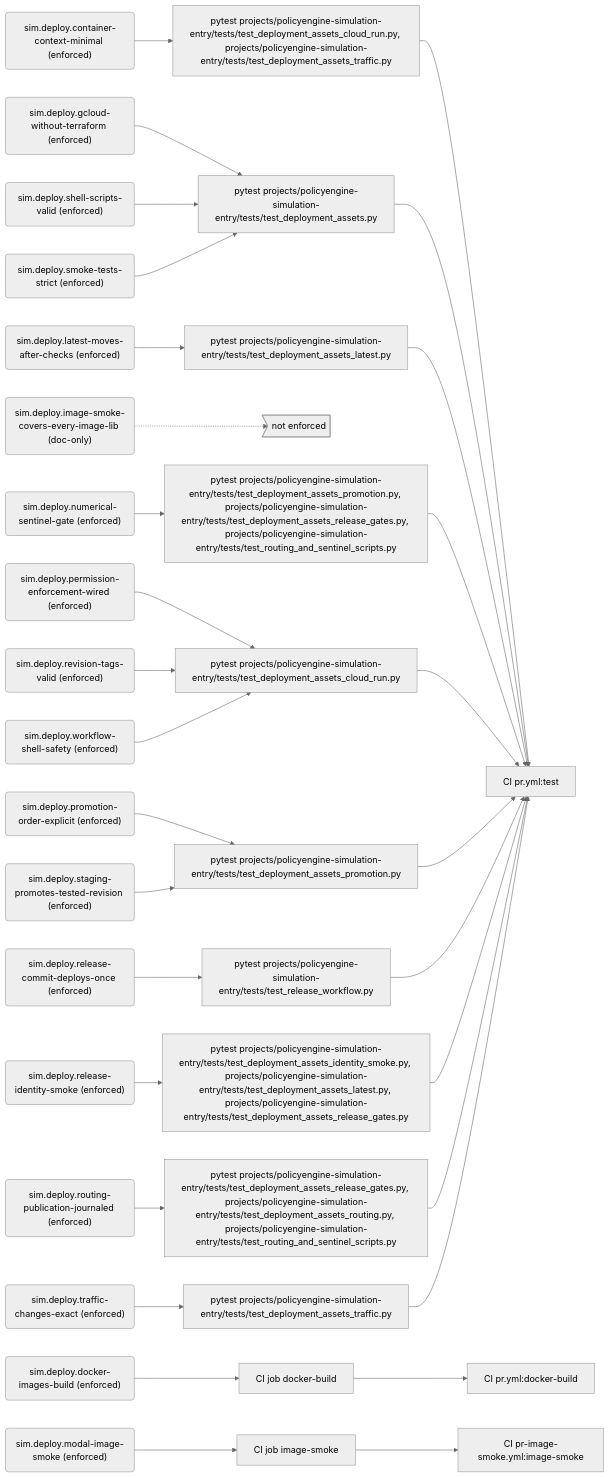
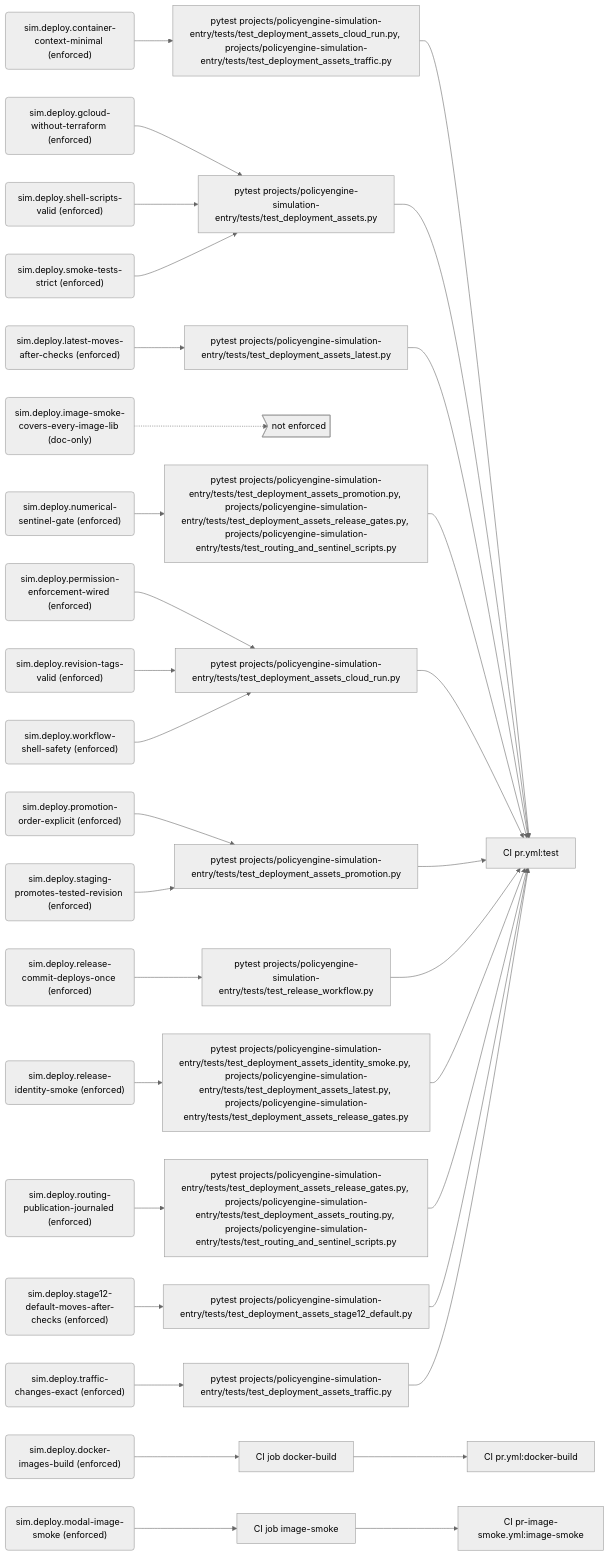
The third of 10 diagrams in docs/generated/rules.md (PolicyEngine/policyengine-sim-api), drawn with Mermaid (neutral theme) before and after one commit. The commit also changed other lines of this file and 16 other files, not shown here.

First line of the commit message:
Move Stage 12's v2 default version only after a deployment's checks

````diff
--- a/docs/generated/rules.md
+++ b/docs/generated/rules.md
@@ -164,67 +166,71 @@
 ```mermaid
 flowchart LR
   r_sim_deploy_container_context_minimal("sim.deploy.container-context-minimal (enforced)")
   e_pytest_projects_policyengine_simulation_entry_tests_test_deployment_assets_cloud_run_py__projects_policyengine_simulation_entry_tests_test_deployment_assets_traffic_py["pytest projects/policyengine-simulation-entry/tests/test_deployment_assets_cloud_run.py, projects/policyengine-simulation-entry/tests/test_deployment_assets_traffic.py"]
   j_CI_pr_yml_test["CI pr.yml:test"]
   r_sim_deploy_docker_images_build("sim.deploy.docker-images-build (enforced)")
   e_CI_job_docker_build["CI job docker-build"]
   j_CI_pr_yml_docker_build["CI pr.yml:docker-build"]
   r_sim_deploy_gcloud_without_terraform("sim.deploy.gcloud-without-terraform (enforced)")
   e_pytest_projects_policyengine_simulation_entry_tests_test_deployment_assets_py["pytest projects/policyengine-simulation-entry/tests/test_deployment_assets.py"]
   r_sim_deploy_image_smoke_covers_every_image_lib("sim.deploy.image-smoke-covers-every-image-lib (doc-only)")
   gap_unenforced>"not enforced"]
   r_sim_deploy_latest_moves_after_checks("sim.deploy.latest-moves-after-checks (enforced)")
   e_pytest_projects_policyengine_simulation_entry_tests_test_deployment_assets_latest_py["pytest projects/policyengine-simulation-entry/tests/test_deployment_assets_latest.py"]
   r_sim_deploy_modal_image_smoke("sim.deploy.modal-image-smoke (enforced)")
   e_CI_job_image_smoke["CI job image-smoke"]
   j_CI_pr_image_smoke_yml_image_smoke["CI pr-image-smoke.yml:image-smoke"]
   r_sim_deploy_numerical_sentinel_gate("sim.deploy.numerical-sentinel-gate (enforced)")
   e_pytest_projects_policyengine_simulation_entry_tests_test_deployment_assets_promotion_py__projects_policyengine_simulation_entry_tests_test_deployment_assets_release_gates_py__projects_policyengine_simulation_entry_tests_test_routing_and_sentinel_scripts_py["pytest projects/policyengine-simulation-entry/tests/test_deployment_assets_promotion.py, projects/policyengine-simulation-entry/tests/test_deployment_assets_release_gates.py, projects/policyengine-simulation-entry/tests/test_routing_and_sentinel_scripts.py"]
   r_sim_deploy_permission_enforcement_wired("sim.deploy.permission-enforcement-wired (enforced)")
   e_pytest_projects_policyengine_simulation_entry_tests_test_deployment_assets_cloud_run_py["pytest projects/policyengine-simulation-entry/tests/test_deployment_assets_cloud_run.py"]
   r_sim_deploy_promotion_order_explicit("sim.deploy.promotion-order-explicit (enforced)")
   e_pytest_projects_policyengine_simulation_entry_tests_test_deployment_assets_promotion_py["pytest projects/policyengine-simulation-entry/tests/test_deployment_assets_promotion.py"]
   r_sim_deploy_release_commit_deploys_once("sim.deploy.release-commit-deploys-once (enforced)")
   e_pytest_projects_policyengine_simulation_entry_tests_test_release_workflow_py["pytest projects/policyengine-simulation-entry/tests/test_release_workflow.py"]
   r_sim_deploy_release_identity_smoke("sim.deploy.release-identity-smoke (enforced)")
   e_pytest_projects_policyengine_simulation_entry_tests_test_deployment_assets_identity_smoke_py__projects_policyengine_simulation_entry_tests_test_deployment_assets_latest_py__projects_policyengine_simulation_entry_tests_test_deployment_assets_release_gates_py["pytest projects/policyengine-simulation-entry/tests/test_deployment_assets_identity_smoke.py, projects/policyengine-simulation-entry/tests/test_deployment_assets_latest.py, projects/policyengine-simulation-entry/tests/test_deployment_assets_release_gates.py"]
   r_sim_deploy_revision_tags_valid("sim.deploy.revision-tags-valid (enforced)")
   r_sim_deploy_routing_publication_journaled("sim.deploy.routing-publication-journaled (enforced)")
   e_pytest_projects_policyengine_simulation_entry_tests_test_deployment_assets_release_gates_py__projects_policyengine_simulation_entry_tests_test_deployment_assets_routing_py__projects_policyengine_simulation_entry_tests_test_routing_and_sentinel_scripts_py["pytest projects/policyengine-simulation-entry/tests/test_deployment_assets_release_gates.py, projects/policyengine-simulation-entry/tests/test_deployment_assets_routing.py, projects/policyengine-simulation-entry/tests/test_routing_and_sentinel_scripts.py"]
   r_sim_deploy_shell_scripts_valid("sim.deploy.shell-scripts-valid (enforced)")
   r_sim_deploy_smoke_tests_strict("sim.deploy.smoke-tests-strict (enforced)")
+  r_sim_deploy_stage12_default_moves_after_checks("sim.deploy.stage12-default-moves-after-checks (enforced)")
+  e_pytest_projects_policyengine_simulation_entry_tests_test_deployment_assets_stage12_default_py["pytest projects/policyengine-simulation-entry/tests/test_deployment_assets_stage12_default.py"]
   r_sim_deploy_staging_promotes_tested_revision("sim.deploy.staging-promotes-tested-revision (enforced)")
   r_sim_deploy_traffic_changes_exact("sim.deploy.traffic-changes-exact (enforced)")
   e_pytest_projects_policyengine_simulation_entry_tests_test_deployment_assets_traffic_py["pytest projects/policyengine-simulation-entry/tests/test_deployment_assets_traffic.py"]
   r_sim_deploy_workflow_shell_safety("sim.deploy.workflow-shell-safety (enforced)")
   r_sim_deploy_container_context_minimal --> e_pytest_projects_policyengine_simulation_entry_tests_test_deployment_assets_cloud_run_py__projects_policyengine_simulation_entry_tests_test_deployment_assets_traffic_py
   e_pytest_projects_policyengine_simulation_entry_tests_test_deployment_assets_cloud_run_py__projects_policyengine_simulation_entry_tests_test_deployment_assets_traffic_py --> j_CI_pr_yml_test
   r_sim_deploy_docker_images_build --> e_CI_job_docker_build
   e_CI_job_docker_build --> j_CI_pr_yml_docker_build
   r_sim_deploy_gcloud_without_terraform --> e_pytest_projects_policyengine_simulation_entry_tests_test_deployment_assets_py
   e_pytest_projects_policyengine_simulation_entry_tests_test_deployment_assets_py --> j_CI_pr_yml_test
   r_sim_deploy_image_smoke_covers_every_image_lib -.-> gap_unenforced
   r_sim_deploy_latest_moves_after_checks --> e_pytest_projects_policyengine_simulation_entry_tests_test_deployment_assets_latest_py
   e_pytest_projects_policyengine_simulation_entry_tests_test_deployment_assets_latest_py --> j_CI_pr_yml_test
   r_sim_deploy_modal_image_smoke --> e_CI_job_image_smoke
   e_CI_job_image_smoke --> j_CI_pr_image_smoke_yml_image_smoke
   r_sim_deploy_numerical_sentinel_gate --> e_pytest_projects_policyengine_simulation_entry_tests_test_deployment_assets_promotion_py__projects_policyengine_simulation_entry_tests_test_deployment_assets_release_gates_py__projects_policyengine_simulation_entry_tests_test_routing_and_sentinel_scripts_py
   e_pytest_projects_policyengine_simulation_entry_tests_test_deployment_assets_promotion_py__projects_policyengine_simulation_entry_tests_test_deployment_assets_release_gates_py__projects_policyengine_simulation_entry_tests_test_routing_and_sentinel_scripts_py --> j_CI_pr_yml_test
   r_sim_deploy_permission_enforcement_wired --> e_pytest_projects_policyengine_simulation_entry_tests_test_deployment_assets_cloud_run_py
   e_pytest_projects_policyengine_simulation_entry_tests_test_deployment_assets_cloud_run_py --> j_CI_pr_yml_test
   r_sim_deploy_promotion_order_explicit --> e_pytest_projects_policyengine_simulation_entry_tests_test_deployment_assets_promotion_py
   e_pytest_projects_policyengine_simulation_entry_tests_test_deployment_assets_promotion_py --> j_CI_pr_yml_test
   r_sim_deploy_release_commit_deploys_once --> e_pytest_projects_policyengine_simulation_entry_tests_test_release_workflow_py
   e_pytest_projects_policyengine_simulation_entry_tests_test_release_workflow_py --> j_CI_pr_yml_test
   r_sim_deploy_release_identity_smoke --> e_pytest_projects_policyengine_simulation_entry_tests_test_deployment_assets_identity_smoke_py__projects_policyengine_simulation_entry_tests_test_deployment_assets_latest_py__projects_policyengine_simulation_entry_tests_test_deployment_assets_release_gates_py
   e_pytest_projects_policyengine_simulation_entry_tests_test_deployment_assets_identity_smoke_py__projects_policyengine_simulation_entry_tests_test_deployment_assets_latest_py__projects_policyengine_simulation_entry_tests_test_deployment_assets_release_gates_py --> j_CI_pr_yml_test
   r_sim_deploy_revision_tags_valid --> e_pytest_projects_policyengine_simulation_entry_tests_test_deployment_assets_cloud_run_py
   r_sim_deploy_routing_publication_journaled --> e_pytest_projects_policyengine_simulation_entry_tests_test_deployment_assets_release_gates_py__projects_policyengine_simulation_entry_tests_test_deployment_assets_routing_py__projects_policyengine_simulation_entry_tests_test_routing_and_sentinel_scripts_py
   e_pytest_projects_policyengine_simulation_entry_tests_test_deployment_assets_release_gates_py__projects_policyengine_simulation_entry_tests_test_deployment_assets_routing_py__projects_policyengine_simulation_entry_tests_test_routing_and_sentinel_scripts_py --> j_CI_pr_yml_test
   r_sim_deploy_shell_scripts_valid --> e_pytest_projects_policyengine_simulation_entry_tests_test_deployment_assets_py
   r_sim_deploy_smoke_tests_strict --> e_pytest_projects_policyengine_simulation_entry_tests_test_deployment_assets_py
+  r_sim_deploy_stage12_default_moves_after_checks --> e_pytest_projects_policyengine_simulation_entry_tests_test_deployment_assets_stage12_default_py
+  e_pytest_projects_policyengine_simulation_entry_tests_test_deployment_assets_stage12_default_py --> j_CI_pr_yml_test
   r_sim_deploy_staging_promotes_tested_revision --> e_pytest_projects_policyengine_simulation_entry_tests_test_deployment_assets_promotion_py
   r_sim_deploy_traffic_changes_exact --> e_pytest_projects_policyengine_simulation_entry_tests_test_deployment_assets_traffic_py
   e_pytest_projects_policyengine_simulation_entry_tests_test_deployment_assets_traffic_py --> j_CI_pr_yml_test
   r_sim_deploy_workflow_shell_safety --> e_pytest_projects_policyengine_simulation_entry_tests_test_deployment_assets_cloud_run_py
 ```
````
